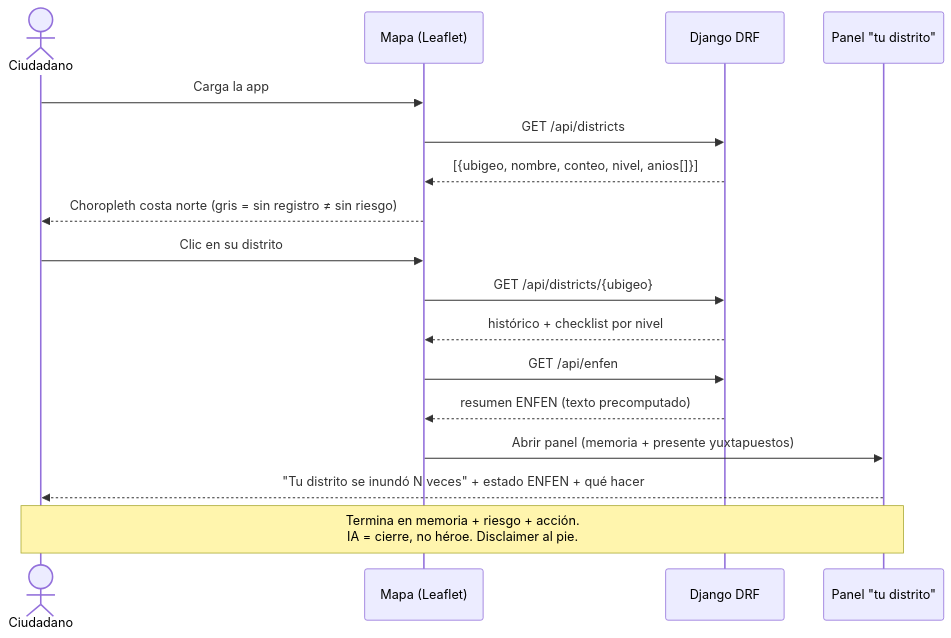
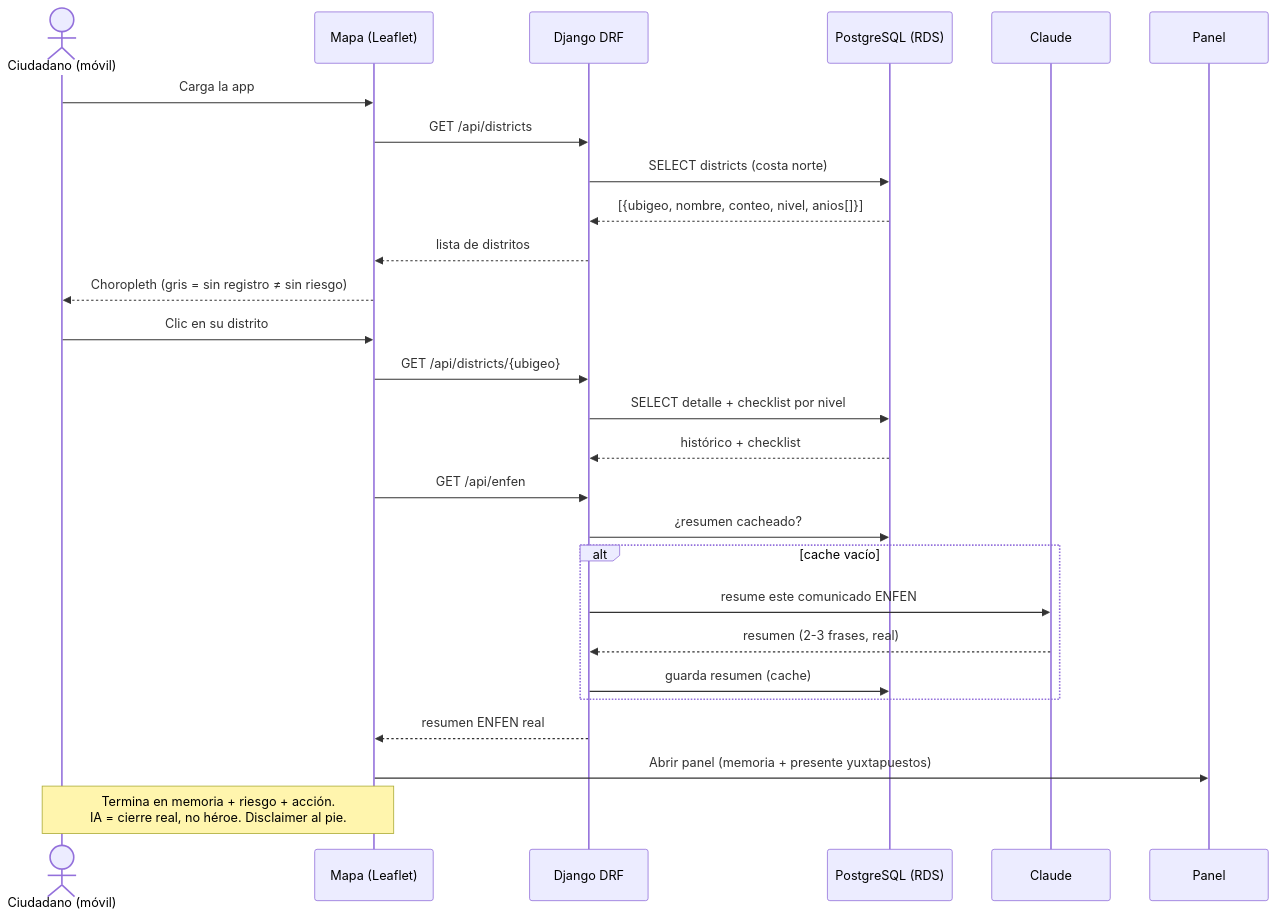
One commit to valerianadine99/hackaton-pucp-LTGM changed the third of 5 diagrams in docs/architecture.md. Above: the diagram before and after it, drawn with Mermaid. The commit also changed other lines of this file and 3 other files, not shown here.

First line of the commit message:
Re-sincronizar arquitectura: BD real (RDS) + EC2 + Claude

````diff
--- a/docs/architecture.md
+++ b/docs/architecture.md
@@ -82,21 +113,31 @@
 ```mermaid
 sequenceDiagram
-    actor U as Ciudadano
+    actor U as Ciudadano (móvil)
     participant M as Mapa (Leaflet)
     participant API as Django DRF
-    participant P as Panel "tu distrito"
+    participant DB as PostgreSQL (RDS)
+    participant AI as Claude
+    participant P as Panel
 
     U->>M: Carga la app
     M->>API: GET /api/districts
-    API-->>M: [{ubigeo, nombre, conteo, nivel, anios[]}]
-    M-->>U: Choropleth costa norte (gris = sin registro ≠ sin riesgo)
+    API->>DB: SELECT districts (costa norte)
+    DB-->>API: [{ubigeo, nombre, conteo, nivel, anios[]}]
+    API-->>M: lista de distritos
+    M-->>U: Choropleth (gris = sin registro ≠ sin riesgo)
 
     U->>M: Clic en su distrito
     M->>API: GET /api/districts/{ubigeo}
-    API-->>M: histórico + checklist por nivel
+    API->>DB: SELECT detalle + checklist por nivel
+    DB-->>API: histórico + checklist
     M->>API: GET /api/enfen
-    API-->>M: resumen ENFEN (texto precomputado)
+    API->>DB: ¿resumen cacheado?
+    alt cache vacío
+        API->>AI: resume este comunicado ENFEN
+        AI-->>API: resumen (2-3 frases, real)
+        API->>DB: guarda resumen (cache)
+    end
+    API-->>M: resumen ENFEN real
     M->>P: Abrir panel (memoria + presente yuxtapuestos)
-    P-->>U: "Tu distrito se inundó N veces" + estado ENFEN + qué hacer
-    Note over P,U: Termina en memoria + riesgo + acción.<br/>IA = cierre, no héroe. Disclaimer al pie.
+    Note over M,U: Termina en memoria + riesgo + acción.<br/>IA = cierre real, no héroe. Disclaimer al pie.
 ```
````
